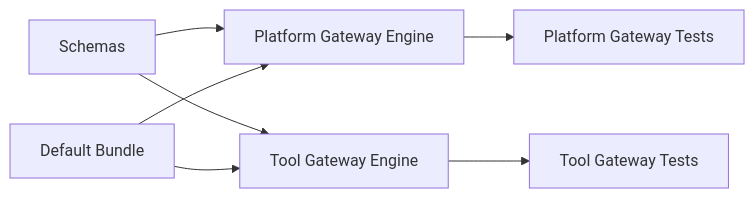
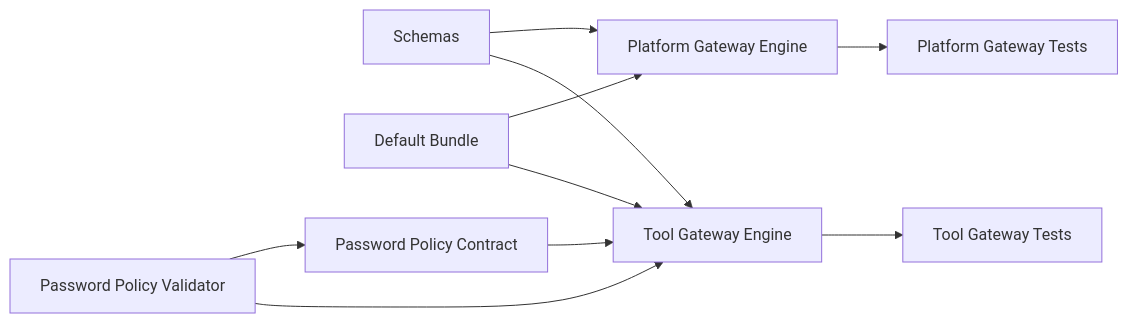
Before and after one commit to metasync/luban-aiops: the fifth of 5 diagrams in .qoder/repowiki/en/content/Security and Authorization/Authorization Policies/Policy Rules and Schema.md, drawn with Mermaid. The commit also changed other lines of this file and 56 other files, not shown here.

````diff
--- a/.qoder/repowiki/en/content/Security and Authorization/Authorization Policies/Policy Rules and Schema.md
+++ b/.qoder/repowiki/en/content/Security and Authorization/Authorization Policies/Policy Rules and Schema.md
@@ -346,9 +443,12 @@
 ```mermaid
 graph LR
 Schema["Schemas"] --> PG["Platform Gateway Engine"]
 Schema --> TG["Tool Gateway Engine"]
 Bundle["Default Bundle"] --> PG
 Bundle --> TG
+PasswordPolicy["Password Policy Contract"] --> TG
 PG --> TestsPG["Platform Gateway Tests"]
 TG --> TestsTG["Tool Gateway Tests"]
+PasswordPolicyValidator["Password Policy Validator"] --> PasswordPolicy
+PasswordPolicyValidator --> TG
 ```
````
